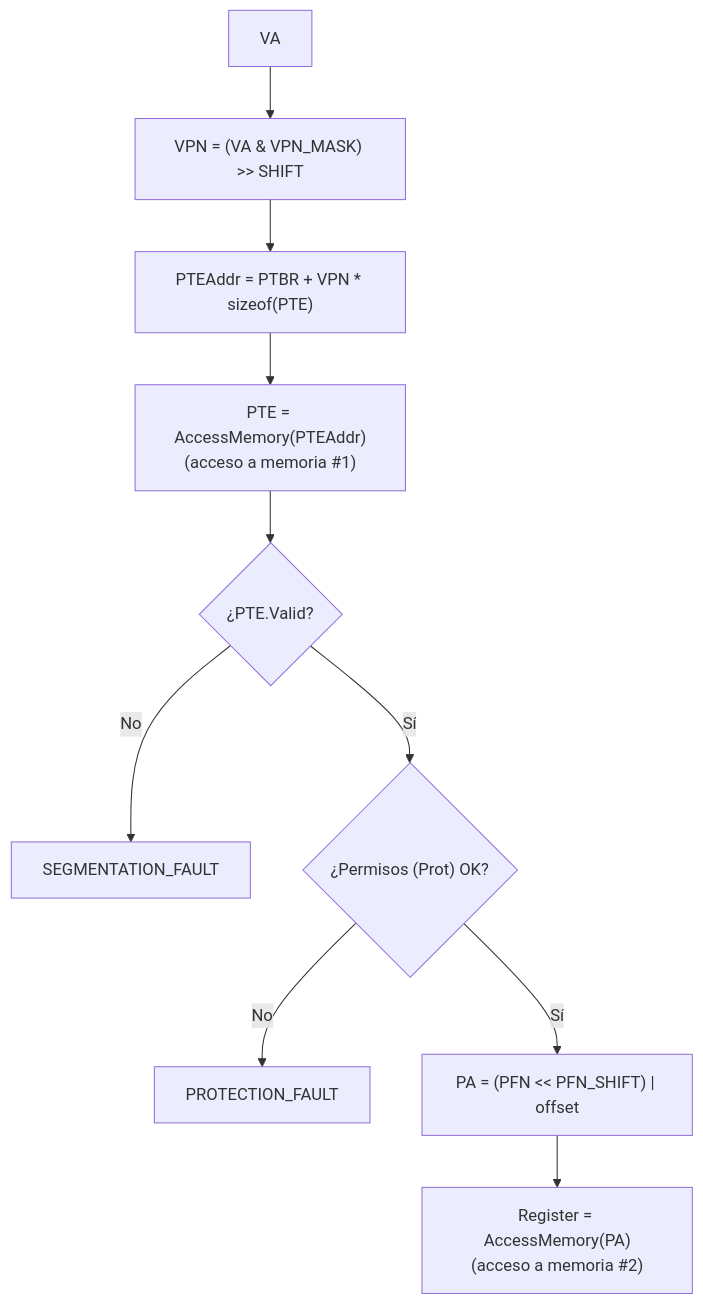
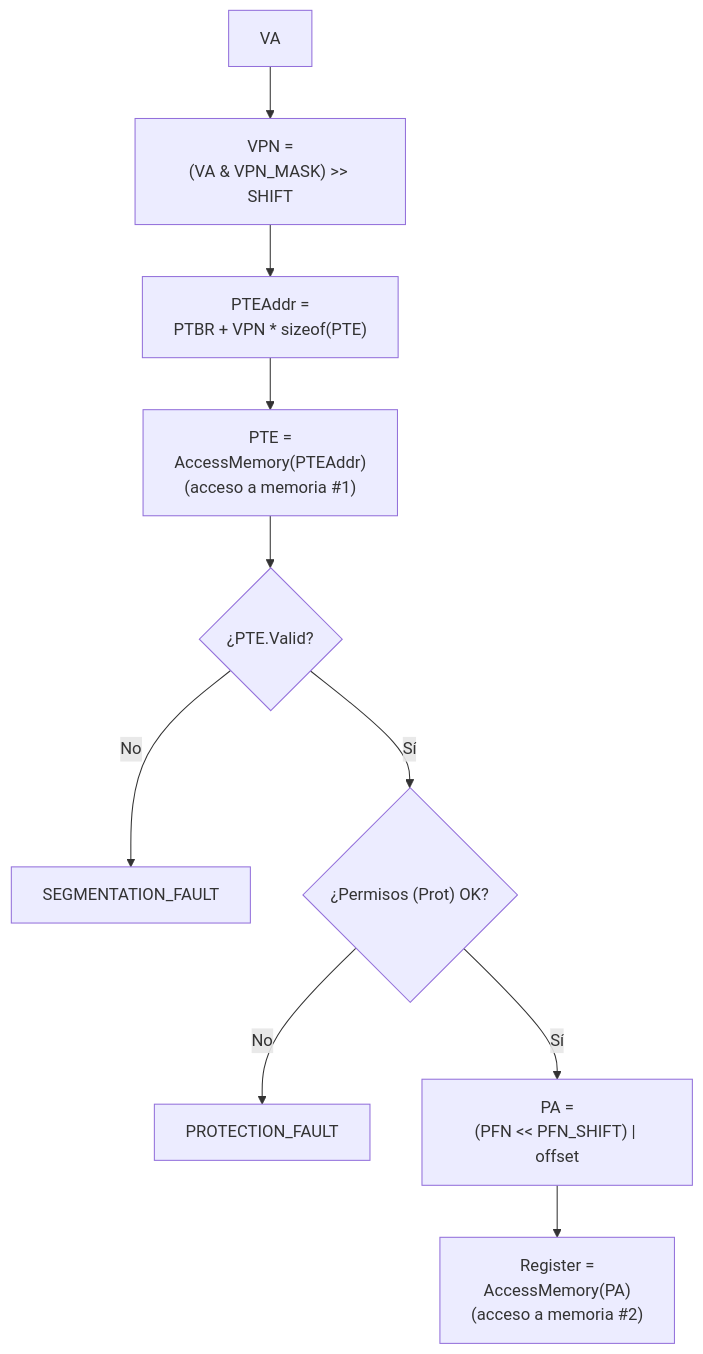
Before and after one commit to udea-so/apuntes_2026-2_SO-virtual: the third of 3 diagrams in clase_10/apuntes_zoom/README.md, drawn with Mermaid. The commit also changed other lines of this file and 7 other files, not shown here.

Commit message:
Corrige el texto recortado en los diagramas Mermaid de los apuntes_zoom de las clases 3 a 11

````diff
--- a/clase_10/apuntes_zoom/README.md
+++ b/clase_10/apuntes_zoom/README.md
@@ -524,12 +526,13 @@
 ```mermaid
+%%{init: {"themeVariables": {"fontFamily": "Arial, Helvetica, sans-serif"}}}%%
 flowchart TD
-    A["VA"] --> B["VPN = (VA & VPN_MASK) >> SHIFT"]
-    B --> C["PTEAddr = PTBR + VPN * sizeof(PTE)"]
-    C --> D["PTE = AccessMemory(PTEAddr)<br/>(acceso a memoria #1)"]
+    A["VA"] --> B["VPN =<br/>(VA & VPN_MASK) #gt;#gt; SHIFT"]
+    B --> C["PTEAddr =<br/>PTBR + VPN * sizeof(PTE)"]
+    C --> D["PTE =<br/>AccessMemory(PTEAddr)<br/>(acceso a memoria #1)"]
     D --> E{"¿PTE.Valid?"}
     E -- "No" --> F["SEGMENTATION_FAULT"]
     E -- "Sí" --> G{"¿Permisos (Prot) OK?"}
     G -- "No" --> H["PROTECTION_FAULT"]
-    G -- "Sí" --> I["PA = (PFN #lt;#lt; PFN_SHIFT) | offset"]
-    I --> J["Register = AccessMemory(PA)<br/>(acceso a memoria #2)"]
+    G -- "Sí" --> I["PA =<br/>(PFN #lt;#lt; PFN_SHIFT) | offset"]
+    I --> J["Register =<br/>AccessMemory(PA)<br/>(acceso a memoria #2)"]
 ```
````
